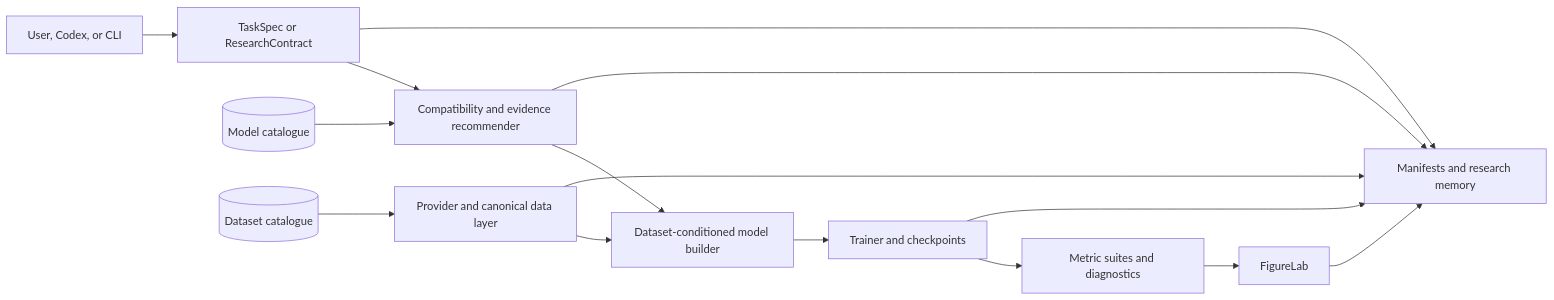
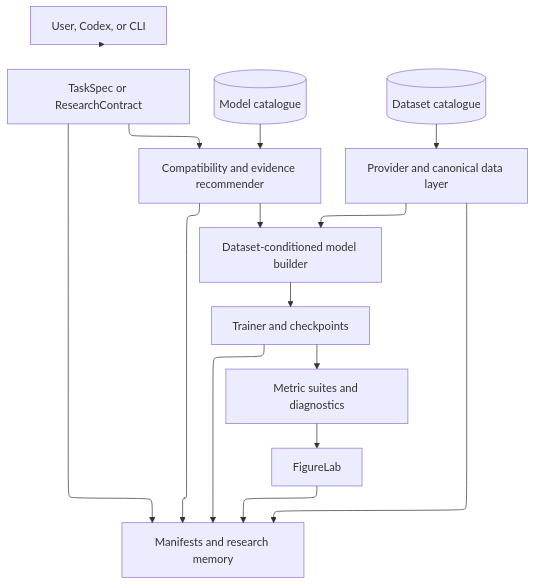
One commit to Samsomyajit/NAVIER-CFD changed the first of 5 diagrams in docs/ARCHITECTURE.md. Above: the diagram before and after it, drawn with Mermaid. The commit also changed other lines of this file, not shown here.

````diff
--- a/docs/ARCHITECTURE.md
+++ b/docs/ARCHITECTURE.md
@@ -9,25 +9,29 @@
 ```mermaid
-flowchart LR
+---
+config:
+  layout: elk
+---
+flowchart 
     U[User, Codex, or CLI]
     T[TaskSpec or ResearchContract]
     R[Compatibility and evidence recommender]
     C[(Model catalogue)]
     D[(Dataset catalogue)]
     P[Provider and canonical data layer]
     M[Dataset-conditioned model builder]
     X[Trainer and checkpoints]
     E[Metric suites and diagnostics]
     F[FigureLab]
     V[Manifests and research memory]
 
     U --> T --> R
     C --> R
     D --> P
     P --> M
     R --> M
     M --> X --> E --> F --> V
     T --> V
     P --> V
     R --> V
     X --> V
 ```
````
